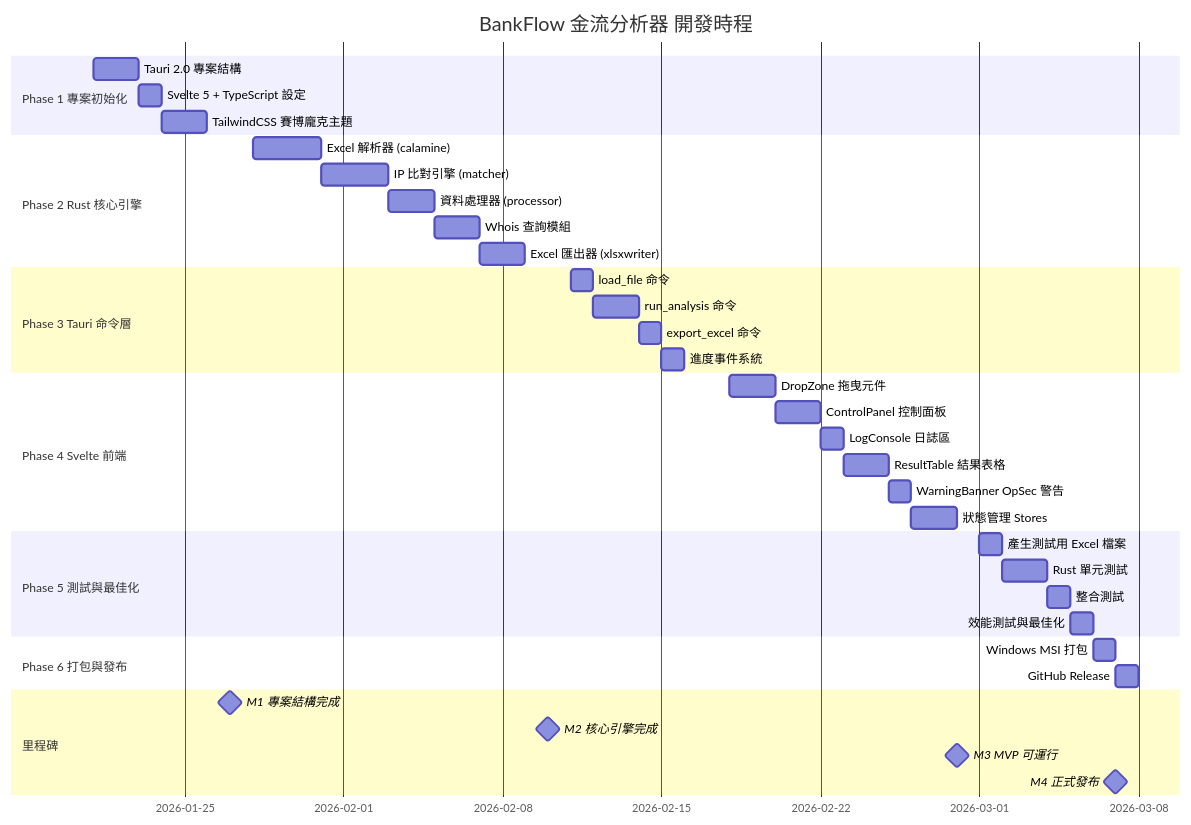
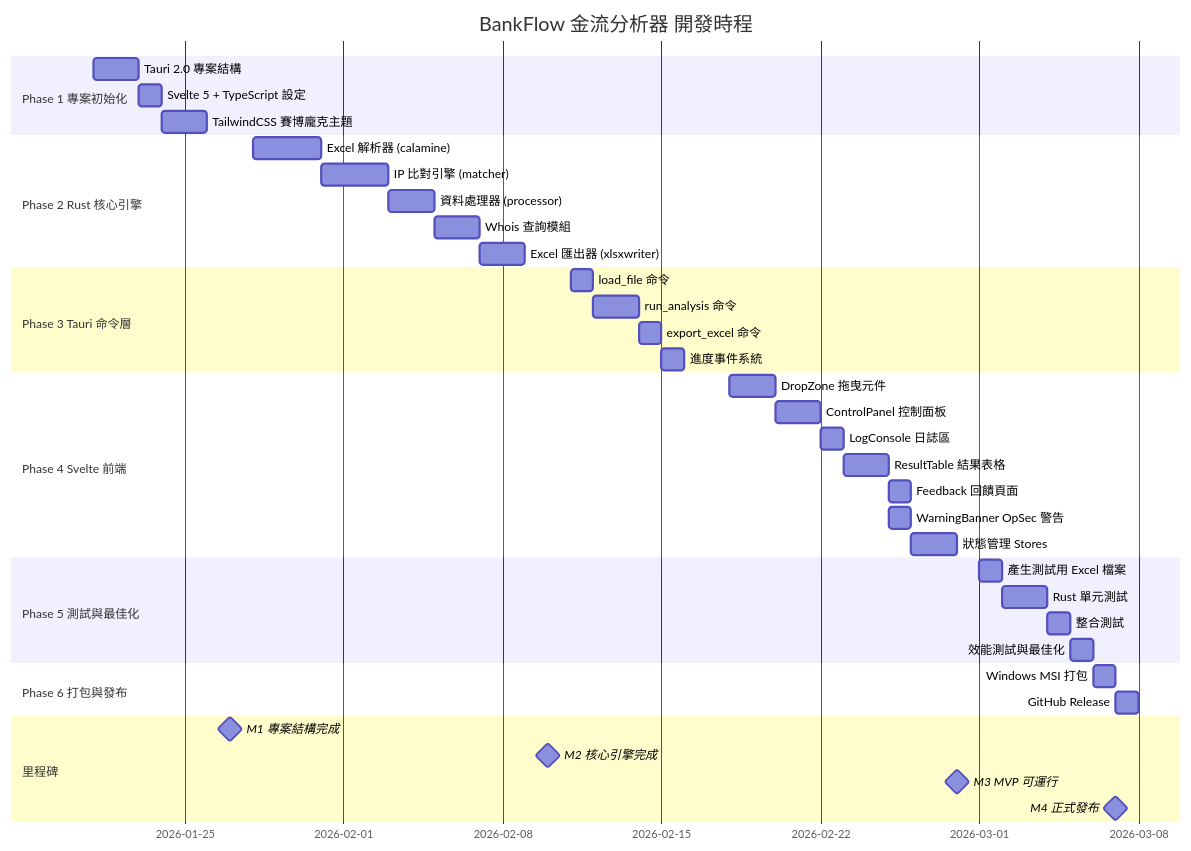
The diagram in docs/plans/ROADMAP.md (Birdman1972/BankFlow-Tactical-Analyzer), drawn with Mermaid before and after one commit. The commit also changed other lines of this file and 20 other files, not shown here.

````diff
--- a/docs/plans/ROADMAP.md
+++ b/docs/plans/ROADMAP.md
@@ -11,47 +11,48 @@
 ```mermaid
 gantt
     title BankFlow 金流分析器 開發時程
     dateFormat  YYYY-MM-DD
 
     section Phase 1 專案初始化
     Tauri 2.0 專案結構           :p1a, 2026-01-21, 2d
     Svelte 5 + TypeScript 設定   :p1b, after p1a, 1d
     TailwindCSS 賽博龐克主題     :p1c, after p1b, 2d
 
     section Phase 2 Rust 核心引擎
     Excel 解析器 (calamine)      :p2a, 2026-01-28, 3d
     IP 比對引擎 (matcher)        :p2b, after p2a, 3d
     資料處理器 (processor)       :p2c, after p2b, 2d
     Whois 查詢模組               :p2d, after p2c, 2d
     Excel 匯出器 (xlsxwriter)    :p2e, after p2d, 2d
 
     section Phase 3 Tauri 命令層
     load_file 命令               :p3a, 2026-02-11, 1d
     run_analysis 命令            :p3b, after p3a, 2d
     export_excel 命令            :p3c, after p3b, 1d
     進度事件系統                 :p3d, after p3c, 1d
 
     section Phase 4 Svelte 前端
     DropZone 拖曳元件            :p4a, 2026-02-18, 2d
     ControlPanel 控制面板        :p4b, after p4a, 2d
     LogConsole 日誌區            :p4c, after p4b, 1d
     ResultTable 結果表格         :p4d, after p4c, 2d
+    Feedback 回饋頁面            :p4g, after p4d, 1d
     WarningBanner OpSec 警告     :p4e, after p4d, 1d
     狀態管理 Stores              :p4f, after p4e, 2d
 
     section Phase 5 測試與最佳化
     產生測試用 Excel 檔案        :p5a, 2026-03-01, 1d
     Rust 單元測試                :p5b, after p5a, 2d
     整合測試                     :p5c, after p5b, 1d
     效能測試與最佳化             :p5d, after p5c, 1d
 
     section Phase 6 打包與發布
     Windows MSI 打包             :p6a, 2026-03-06, 1d
     GitHub Release               :p6b, after p6a, 1d
 
     section 里程碑
     M1 專案結構完成              :milestone, m1, 2026-01-27, 0d
     M2 核心引擎完成              :milestone, m2, 2026-02-10, 0d
     M3 MVP 可運行                :milestone, m3, 2026-02-28, 0d
     M4 正式發布                  :milestone, m4, 2026-03-07, 0d
 ```
````
